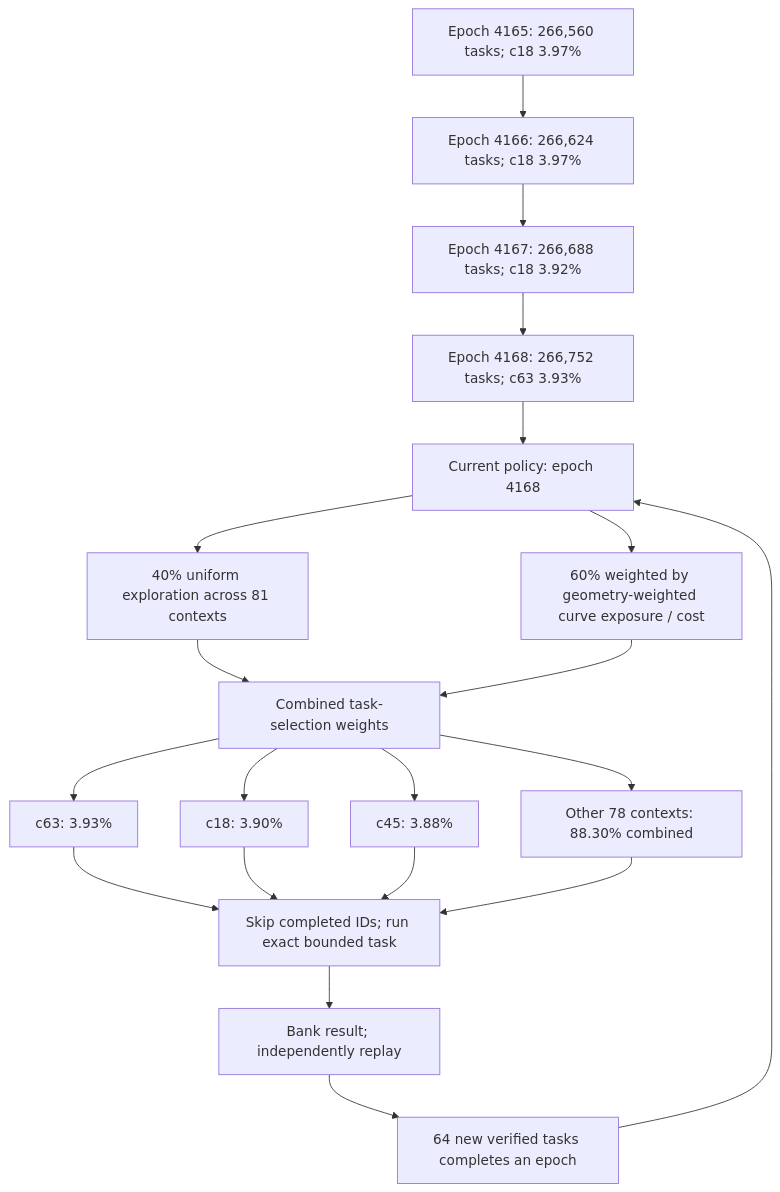
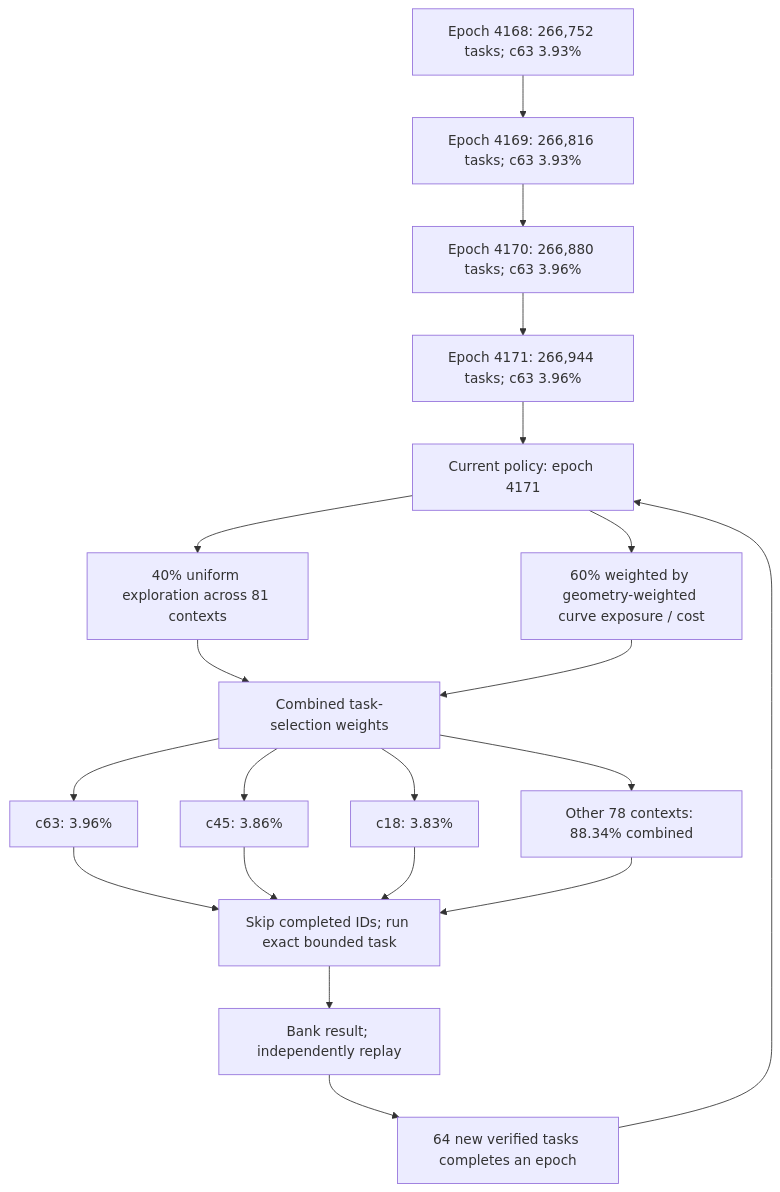
Before and after one commit to Kuberwastaken/math-gambling: the first of 3 diagrams in README.md, drawn with Mermaid. The commit also changed other lines of this file and 488 other files, not shown here.

````diff
--- a/README.md
+++ b/README.md
@@ -60,27 +60,27 @@
 ```mermaid
 flowchart TD
-    H0["Epoch 4165: 266,560 tasks; c18 3.97%"]
-    H1["Epoch 4166: 266,624 tasks; c18 3.97%"]
+    H0["Epoch 4168: 266,752 tasks; c63 3.93%"]
+    H1["Epoch 4169: 266,816 tasks; c63 3.93%"]
     H0 --> H1
-    H2["Epoch 4167: 266,688 tasks; c18 3.92%"]
+    H2["Epoch 4170: 266,880 tasks; c63 3.96%"]
     H1 --> H2
-    H3["Epoch 4168: 266,752 tasks; c63 3.93%"]
+    H3["Epoch 4171: 266,944 tasks; c63 3.96%"]
     H2 --> H3
-    Policy["Current policy: epoch 4168"]
+    Policy["Current policy: epoch 4171"]
     H3 --> Policy
     Policy --> Explore["40% uniform exploration across 81 contexts"]
     Policy --> Cost["60% weighted by geometry-weighted curve exposure / cost"]
     Explore --> Mix["Combined task-selection weights"]
     Cost --> Mix
-    Mix --> C0["c63: 3.93%"]
-    Mix --> C1["c18: 3.90%"]
-    Mix --> C2["c45: 3.88%"]
-    Mix --> Rest["Other 78 contexts: 88.30% combined"]
+    Mix --> C0["c63: 3.96%"]
+    Mix --> C1["c45: 3.86%"]
+    Mix --> C2["c18: 3.83%"]
+    Mix --> Rest["Other 78 contexts: 88.34% combined"]
     C0 --> Check["Skip completed IDs; run exact bounded task"]
     C1 --> Check
     C2 --> Check
     Rest --> Check
     Check --> Replay["Bank result; independently replay"]
     Replay --> Gate["64 new verified tasks completes an epoch"]
     Gate --> Policy
 ```
````
